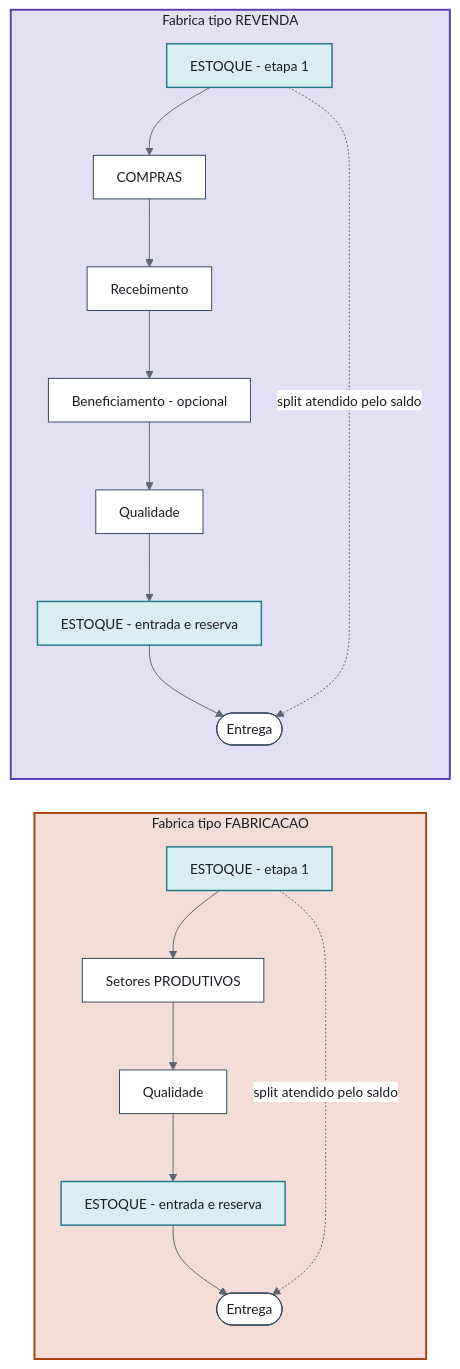
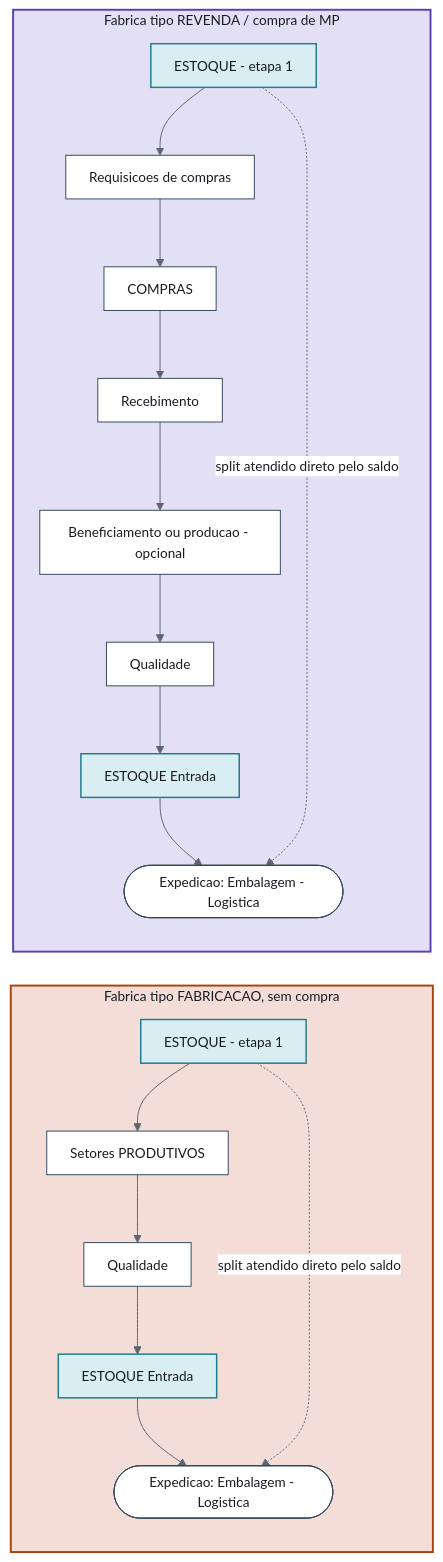
Before and after one commit to Acosvital/vault-avhub-mer: the diagram in 01-Fluxo-Operacional/Encaixe-Estoque-Revenda-no-PCP.md, drawn with Mermaid. The commit also changed other lines of this file and 8 other files, not shown here.

First line of the commit message:
Registra atualizacoes de Estoque/Compras do Robert (28/09) e verifica no codigo

````diff
--- a/01-Fluxo-Operacional/Encaixe-Estoque-Revenda-no-PCP.md
+++ b/01-Fluxo-Operacional/Encaixe-Estoque-Revenda-no-PCP.md
@@ -54,19 +80,19 @@
 ```mermaid
 %%{init: {'theme': 'base', 'themeVariables': {'primaryColor': '#ffffff', 'primaryTextColor': '#181c22', 'primaryBorderColor': '#33475a', 'lineColor': '#5c6570', 'fontFamily': 'Source Sans 3, sans-serif', 'fontSize': '14px', 'edgeLabelBackground': '#ffffff', 'textColor': '#181c22'}, 'flowchart': {'nodeSpacing': 35, 'rankSpacing': 45, 'padding': 12}}}%%
 flowchart LR
-    subgraph FAB[Fabrica tipo FABRICACAO]
-        A1[ESTOQUE - etapa 1] --> A2[Setores PRODUTIVOS] --> A3[Qualidade] --> A4b[ESTOQUE - entrada e reserva] --> A4([Entrega])
+    subgraph FAB[Fabrica tipo FABRICACAO, sem compra]
+        A1[ESTOQUE - etapa 1] --> A2[Setores PRODUTIVOS] --> A3[Qualidade] --> A4b[ESTOQUE Entrada] --> A4([Expedicao: Embalagem - Logistica])
     end
-    subgraph REV[Fabrica tipo REVENDA]
-        B1[ESTOQUE - etapa 1] --> B2[COMPRAS] --> B3[Recebimento] --> B4[Beneficiamento - opcional] --> B5[Qualidade] --> B6[ESTOQUE - entrada e reserva] --> B7([Entrega])
+    subgraph REV[Fabrica tipo REVENDA / compra de MP]
+        B1[ESTOQUE - etapa 1] --> B1b[Requisicoes de compras] --> B2[COMPRAS] --> B3[Recebimento] --> B4[Beneficiamento ou producao - opcional] --> B5[Qualidade] --> B6[ESTOQUE Entrada] --> B7([Expedicao: Embalagem - Logistica])
     end
-    A1 -. split atendido pelo saldo .-> A4
-    B1 -. split atendido pelo saldo .-> B7
+    A1 -. split atendido direto pelo saldo .-> A4
+    B1 -. split atendido direto pelo saldo .-> B7
 
     style FAB fill:#f3ddd6,stroke:#a8420f,stroke-width:2px,color:#181c22
     style REV fill:#e3e0f5,stroke:#5b3fae,stroke-width:2px,color:#181c22
     style A1 fill:#d9eef2,stroke:#1f7a8c,stroke-width:1.5px,color:#181c22
     style B1 fill:#d9eef2,stroke:#1f7a8c,stroke-width:1.5px,color:#181c22
     style A4b fill:#d9eef2,stroke:#1f7a8c,stroke-width:1.5px,color:#181c22
     style B6 fill:#d9eef2,stroke:#1f7a8c,stroke-width:1.5px,color:#181c22
 ```
````
